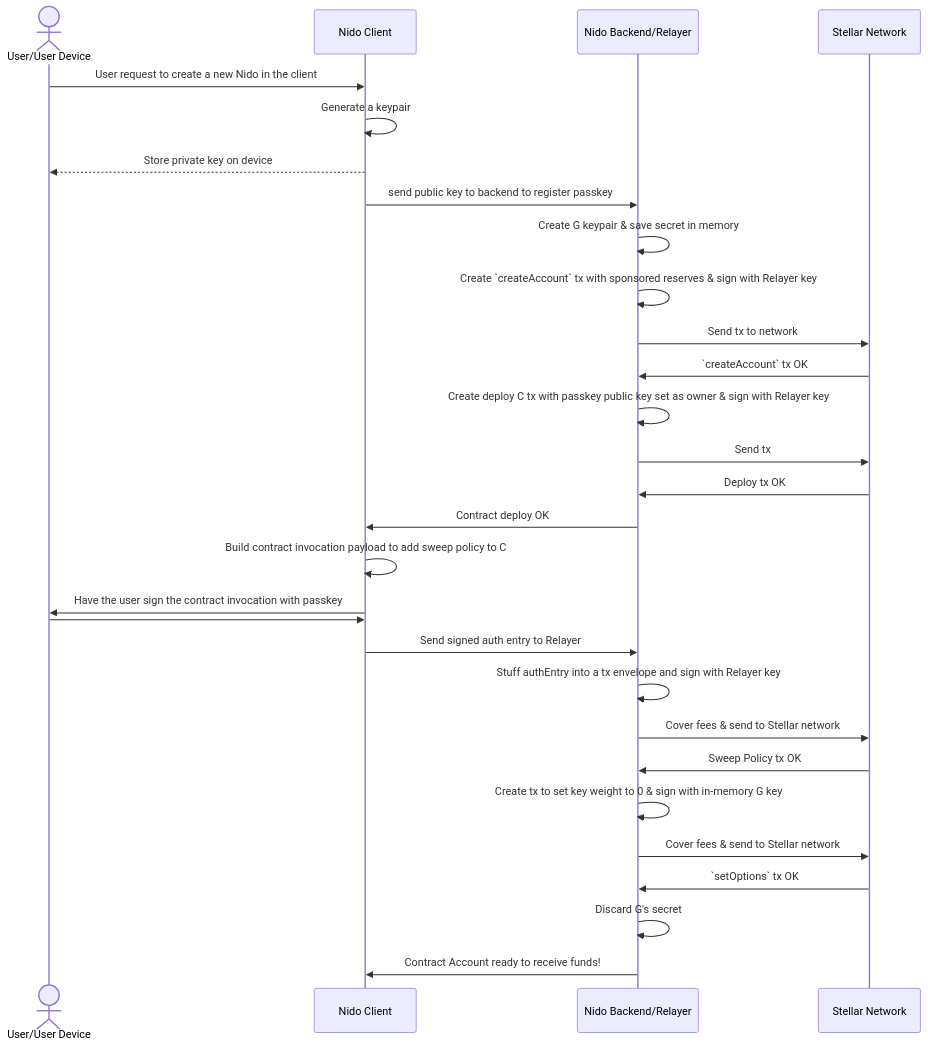
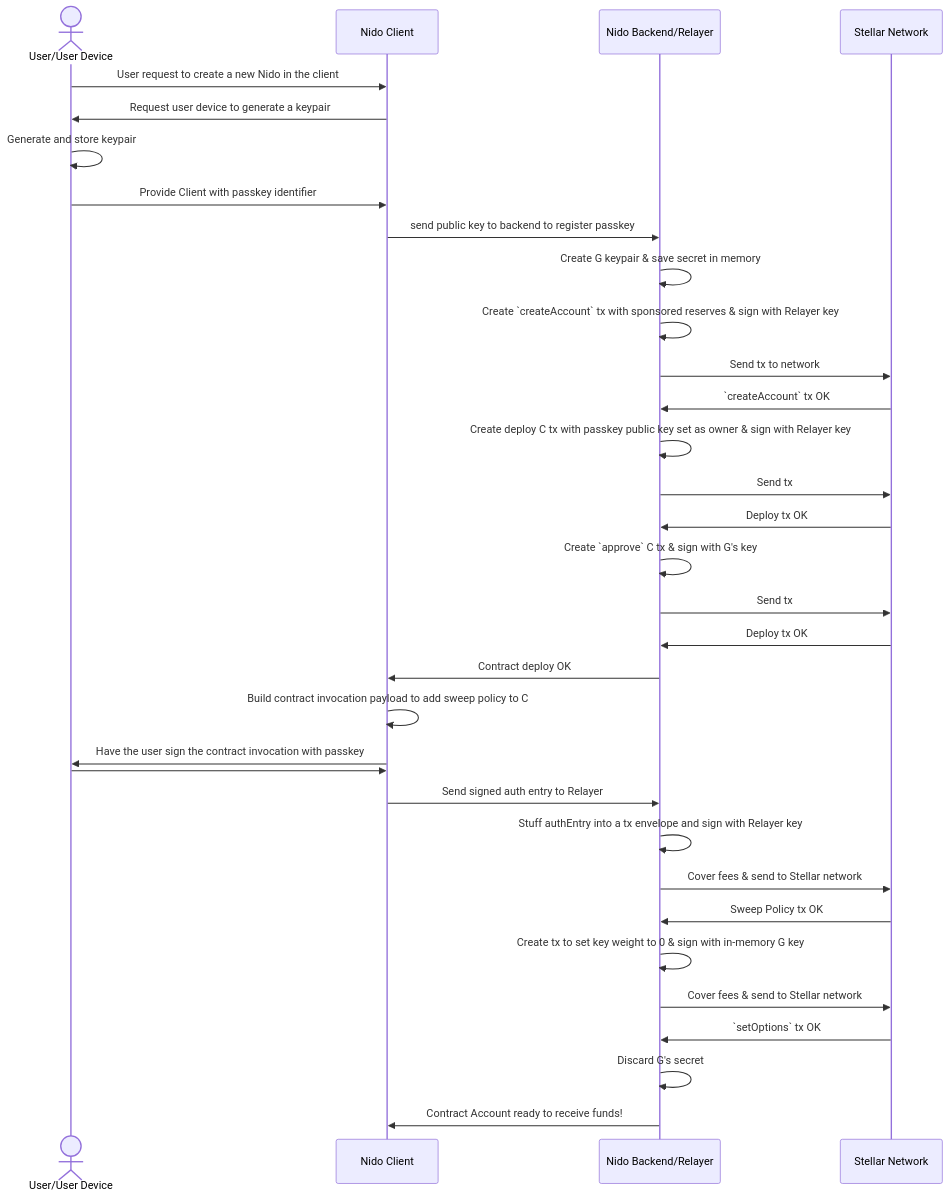
One commit to nidohq/nido changed the fourth of 8 diagrams in docs/superpowers/plans/2026-08-13-onboarding.md. Above: the diagram before and after it, drawn with Mermaid. The commit also changed other lines of this file, not shown here.

Commit message:
Add answers to questions, clean up diagram

````diff
--- a/docs/superpowers/plans/2026-08-13-onboarding.md
+++ b/docs/superpowers/plans/2026-08-13-onboarding.md
@@ -409,39 +414,45 @@
 ```mermaid
 sequenceDiagram
     actor U as User/User Device
     participant C as Nido Client
     participant R as Nido Backend/Relayer
     participant S as Stellar Network
 
 
     U->>C: User request to create a new Nido in the client
-    C->>C: Generate a keypair
-    C-->>U: Store private key on device
+    C->>U: Request user device to generate a keypair
+    U->>U: Generate and store keypair
+    U->>C: Provide Client with passkey identifier
     C->>R: send public key to backend to register passkey
 
 
     R->>R: Create G keypair & save secret in memory
     R->>R: Create `createAccount` tx with sponsored reserves & sign with Relayer key
     R->>S: Send tx to network
     S->>R: `createAccount` tx OK
+
     R->>R: Create deploy C tx with passkey public key set as owner & sign with Relayer key
+    R->>S: Send tx
+    S->>R: Deploy tx OK
+
+    R->>R: Create `approve` C tx & sign with G's key
     R->>S: Send tx
     S->>R: Deploy tx OK
 
     R->>C: Contract deploy OK
     C->>C: Build contract invocation payload to add sweep policy to C 
     C->>U: Have the user sign the contract invocation with passkey
     U->>C:
     C->>R: Send signed auth entry to Relayer
 
     R->>R: Stuff authEntry into a tx envelope and sign with Relayer key
     R->>S: Cover fees & send to Stellar network
     S->>R: Sweep Policy tx OK
 
     R->>R: Create tx to set key weight to 0 & sign with in-memory G key
     R->>S: Cover fees & send to Stellar network
     S->>R: `setOptions` tx OK
     R->>R: Discard G's secret
 
     R->>C: Contract Account ready to receive funds!
 ```
````
